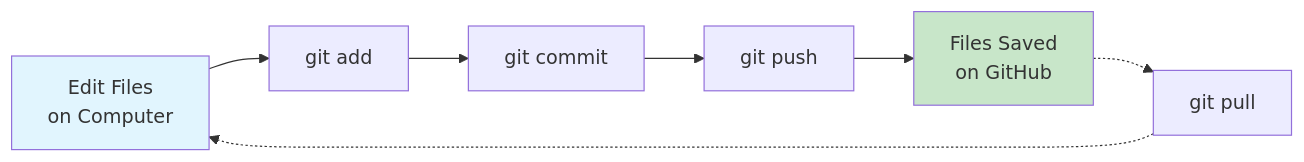
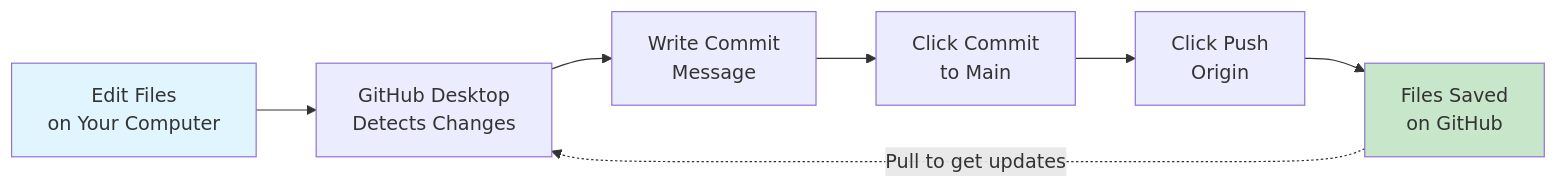
One commit to LouisChanCLY/automation-exercise changed the diagram in docs/common-prerequisites/github-setup.md. Above: the diagram before and after it, drawn with Mermaid. The commit also changed other lines of this file, not shown here.

First line of the commit message:
docs: Completely restructure GitHub guide to be GUI-first for non-technical students

````diff
--- a/docs/common-prerequisites/github-setup.md
+++ b/docs/common-prerequisites/github-setup.md
@@ -783,13 +456,13 @@
 ```mermaid
 graph LR
-    A[Edit Files<br/>on Computer] --> B[git add]
-    B --> C[git commit]
-    C --> D[git push]
-    D --> E[Files Saved<br/>on GitHub]
+    A[Edit Files<br/>on Your Computer] --> B[GitHub Desktop<br/>Detects Changes]
+    B --> C[Write Commit<br/>Message]
+    C --> D[Click Commit<br/>to Main]
+    D --> E[Click Push<br/>Origin]
+    E --> F[Files Saved<br/>on GitHub]
 
-    E -.-> F[git pull]
-    F -.-> A
+    F -.Pull to get updates.-> B
 
     style A fill:#e1f5fe
-    style E fill:#c8e6c9
+    style F fill:#c8e6c9
 ```
````
